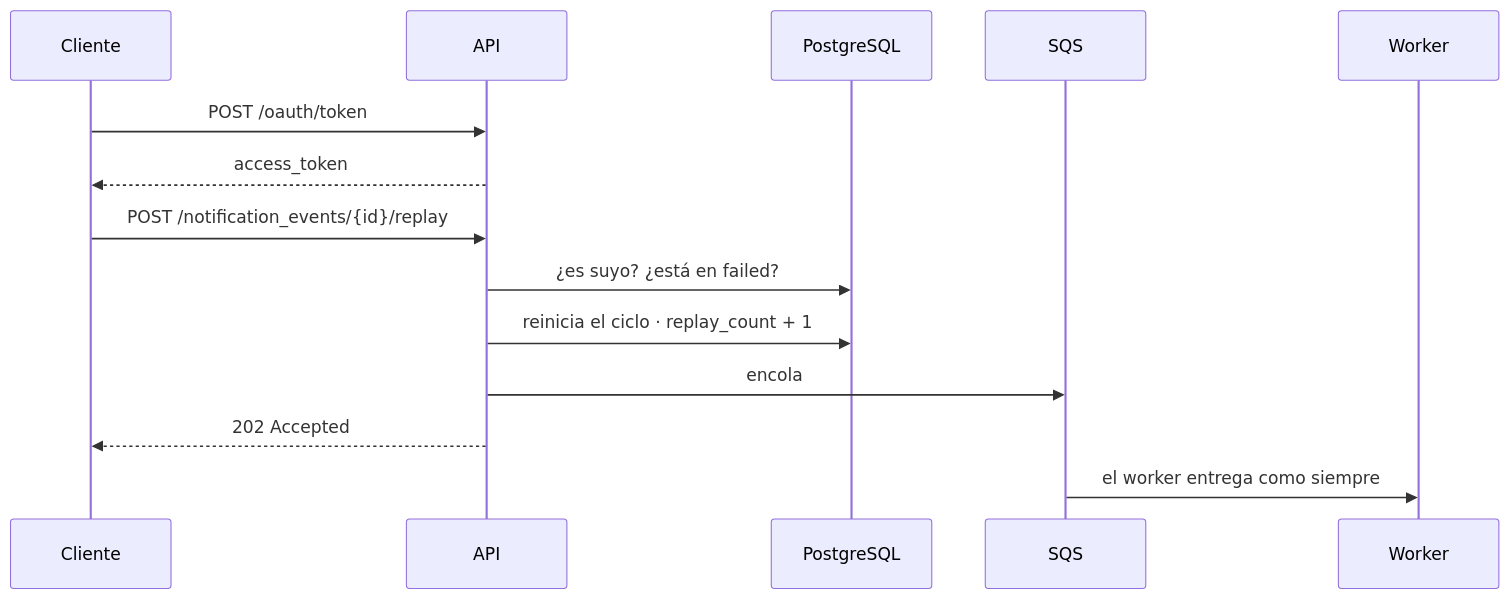
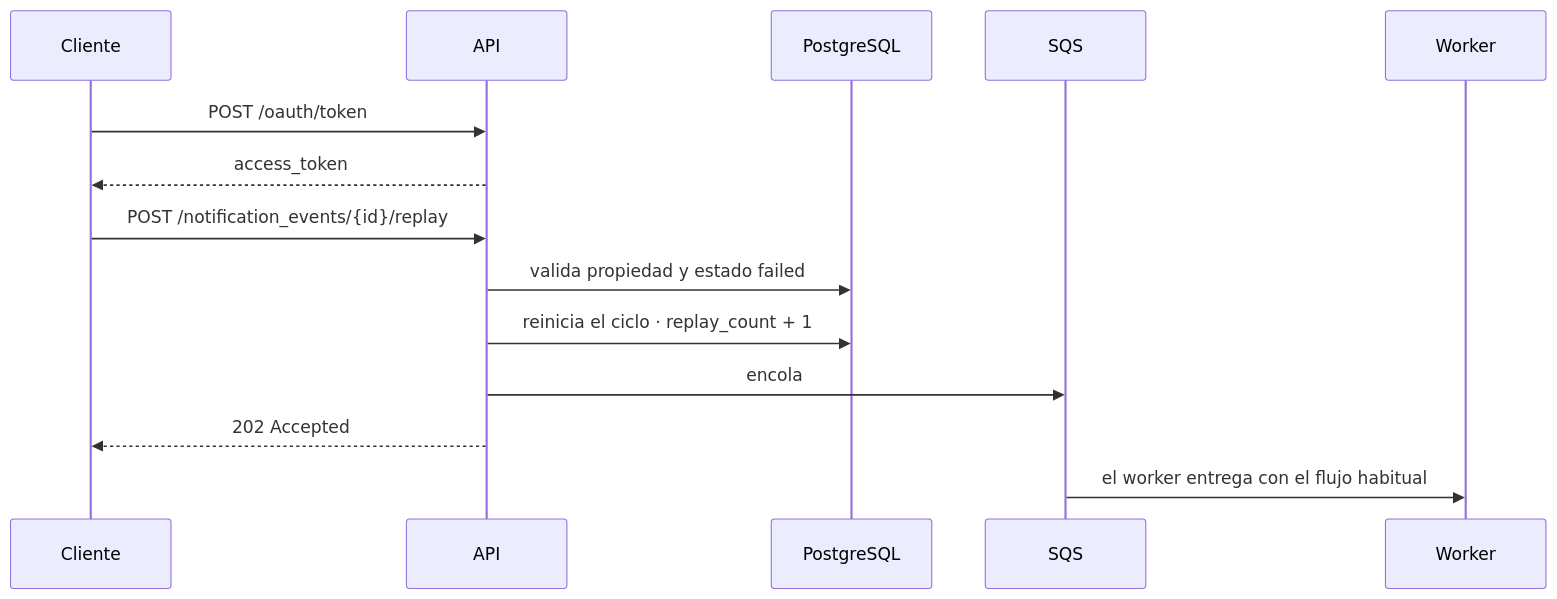
The fifth of 5 diagrams in README.md (ssalaza7/cobre-notification-delivery), drawn with Mermaid before and after one commit. The commit also changed other lines of this file and 3 other files, not shown here.

````diff
--- a/README.md
+++ b/README.md
@@ -154,17 +173,17 @@
 ```mermaid
 sequenceDiagram
     participant U as Cliente
     participant API
     participant DB as PostgreSQL
     participant Q as SQS
     participant W as Worker
 
     U->>API: POST /oauth/token
     API-->>U: access_token
     U->>API: POST /notification_events/{id}/replay
-    API->>DB: ¿es suyo? ¿está en failed?
+    API->>DB: valida propiedad y estado failed
     API->>DB: reinicia el ciclo · replay_count + 1
     API->>Q: encola
     API-->>U: 202 Accepted
-    Q->>W: el worker entrega como siempre
+    Q->>W: el worker entrega con el flujo habitual
 ```
````
